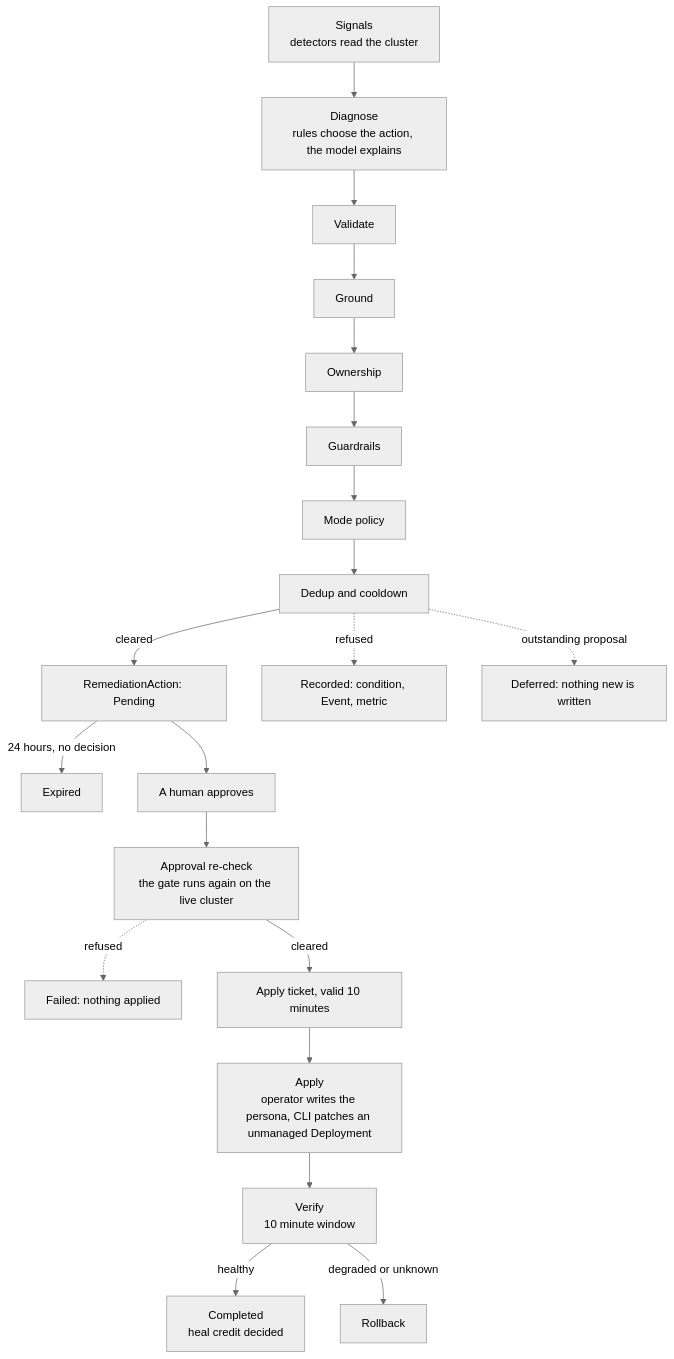
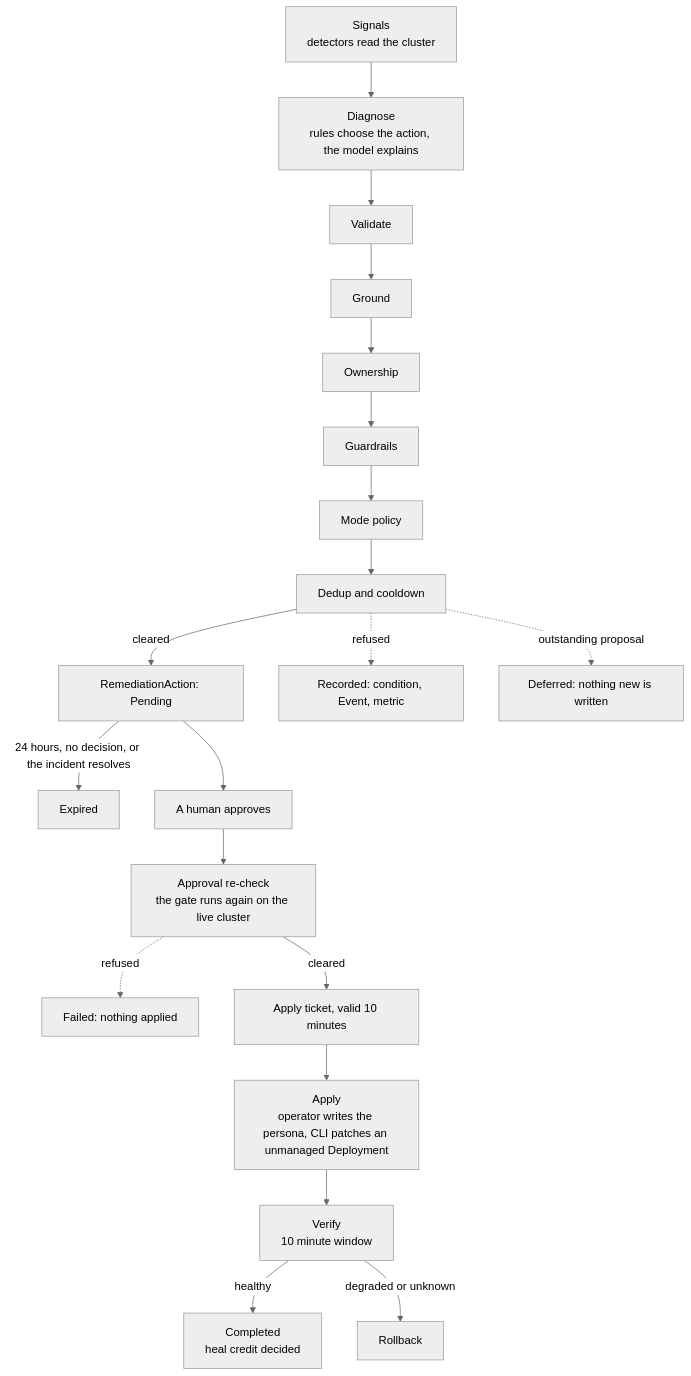
The diagram in how-dorgu-decides.mdx (dorgu-ai/docs), drawn with Mermaid (neutral theme) before and after one commit. The commit also changed other lines of this file and 12 other files, not shown here.

````diff
--- a/how-dorgu-decides.mdx
+++ b/how-dorgu-decides.mdx
@@ -16,22 +16,22 @@
 ```mermaid
 flowchart TD
     S["Signals<br/>detectors read the cluster"] --> D["Diagnose<br/>rules choose the action, the model explains"]
     D --> VA["Validate"]
     VA --> GR["Ground"]
     GR --> OW["Ownership"]
     OW --> GU["Guardrails"]
     GU --> MP["Mode policy"]
     MP --> DD["Dedup and cooldown"]
     DD -->|"cleared"| PE["RemediationAction: Pending"]
     DD -.->|"refused"| RF["Recorded: condition, Event, metric"]
     DD -.->|"outstanding proposal"| DF["Deferred: nothing new is written"]
-    PE -->|"24 hours, no decision"| EX["Expired"]
+    PE -->|"24 hours, no decision, or the incident resolves"| EX["Expired"]
     PE --> HU["A human approves"]
     HU --> RC["Approval re-check<br/>the gate runs again on the live cluster"]
     RC -.->|"refused"| FA["Failed: nothing applied"]
     RC -->|"cleared"| TK["Apply ticket, valid 10 minutes"]
     TK --> AP["Apply<br/>operator writes the persona, CLI patches an unmanaged Deployment"]
     AP --> VE["Verify<br/>10 minute window"]
     VE -->|"healthy"| CO["Completed<br/>heal credit decided"]
     VE -->|"degraded or unknown"| RB["Rollback"]
 ```
````
